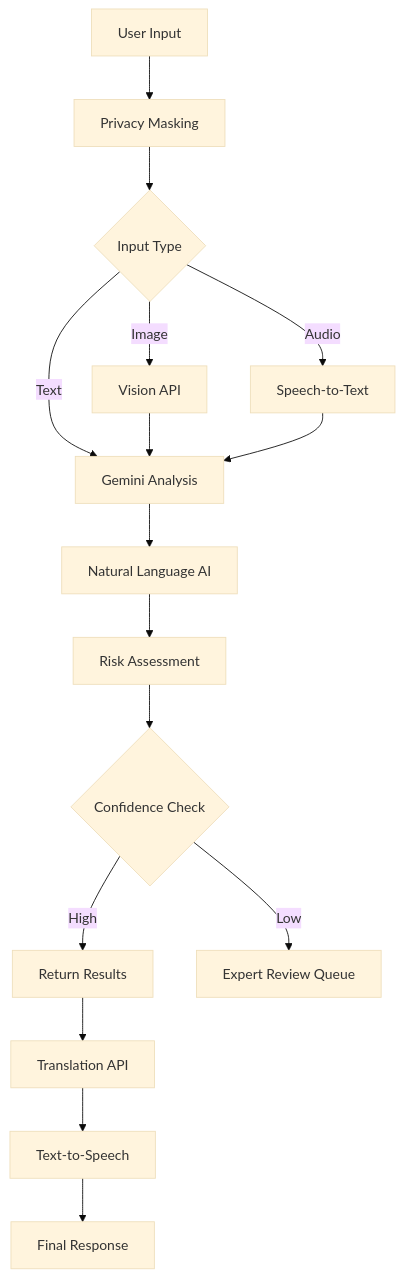
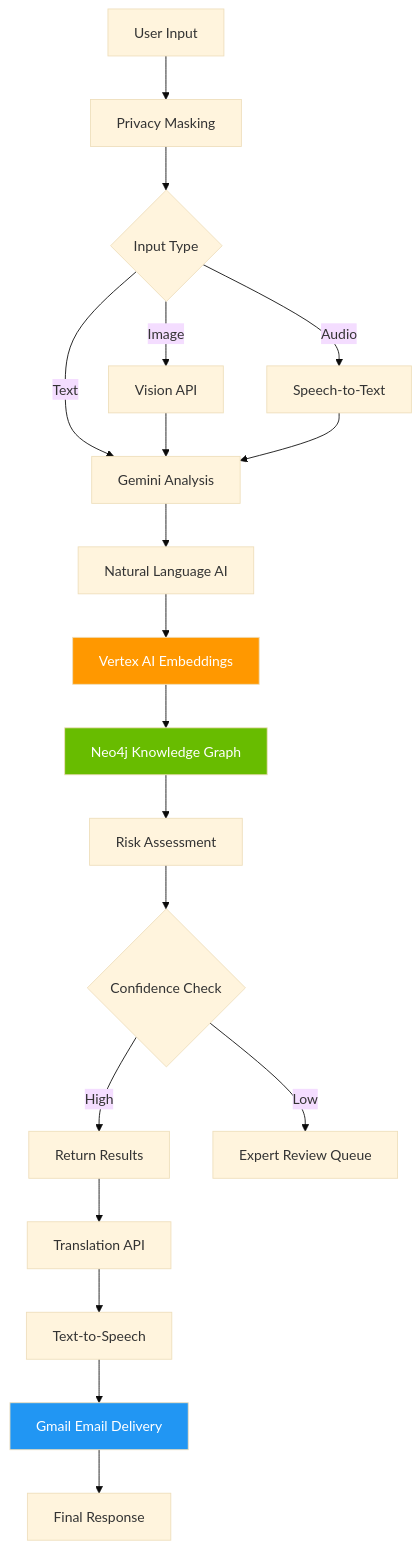
One commit to Strizzyy/LegalSaathi changed the diagram in docs/API_DOCUMENTATION.md. Above: the diagram before and after it, drawn with Mermaid (base theme). The commit also changed other lines of this file and 14 other files, not shown here.

````diff
--- a/docs/API_DOCUMENTATION.md
+++ b/docs/API_DOCUMENTATION.md
@@ -1119,18 +1299,25 @@
 ```mermaid
 graph TB
     A[User Input] --> B[Privacy Masking]
     B --> C{Input Type}
     C -->|Text| D[Gemini Analysis]
     C -->|Image| E[Vision API]
     C -->|Audio| F[Speech-to-Text]
     E --> D
     F --> D
     D --> G[Natural Language AI]
-    G --> H[Risk Assessment]
-    H --> I{Confidence Check}
-    I -->|High| J[Return Results]
-    I -->|Low| K[Expert Review Queue]
-    J --> L[Translation API]
-    L --> M[Text-to-Speech]
-    M --> N[Final Response]
+    G --> H[Vertex AI Embeddings]
+    H --> I[Neo4j Knowledge Graph]
+    I --> J[Risk Assessment]
+    J --> K{Confidence Check}
+    K -->|High| L[Return Results]
+    K -->|Low| M[Expert Review Queue]
+    L --> N[Translation API]
+    N --> O[Text-to-Speech]
+    O --> P[Gmail Email Delivery]
+    P --> Q[Final Response]
+    
+    style H fill:#ff9800,color:#fff
+    style I fill:#68bc00,color:#fff
+    style P fill:#2196f3,color:#fff
 ```
````
